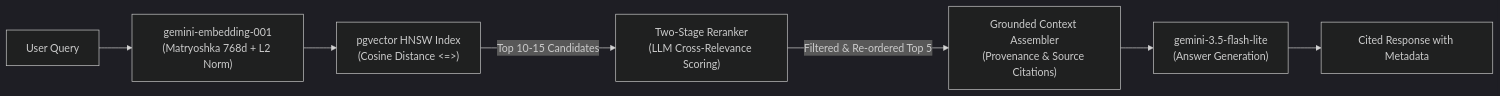
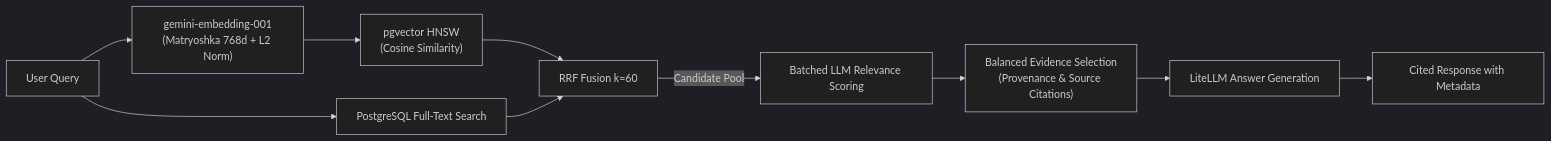
Before and after one commit to salimtagemouati/documind: the second of 2 diagrams in README.md, drawn with Mermaid (dark theme). The commit also changed other lines of this file and 1 other file, not shown here.

Commit message:
docs: align architecture with implemented RAG pipeline

````diff
--- a/README.md
+++ b/README.md
@@ -116,9 +140,12 @@
 ```mermaid
 flowchart LR
     A["User Query"] --> B["gemini-embedding-001\n(Matryoshka 768d + L2 Norm)"]
-    B --> C["pgvector HNSW Index\n(Cosine Distance <=>)"]
-    C -->|Top 10-15 Candidates| D["Two-Stage Reranker\n(LLM Cross-Relevance Scoring)"]
-    D -->|Filtered & Re-ordered Top 5| E["Grounded Context Assembler\n(Provenance & Source Citations)"]
-    E --> F["gemini-3.5-flash-lite\n(Answer Generation)"]
-    F --> G["Cited Response with Metadata"]
+    B --> C["pgvector HNSW\n(Cosine Similarity)"]
+    A --> D["PostgreSQL Full-Text Search"]
+    C --> E["RRF Fusion k=60"]
+    D --> E
+    E -->|Candidate Pool| F["Batched LLM Relevance Scoring"]
+    F --> G["Balanced Evidence Selection\n(Provenance & Source Citations)"]
+    G --> H["LiteLLM Answer Generation"]
+    H --> I["Cited Response with Metadata"]
 ```
````
